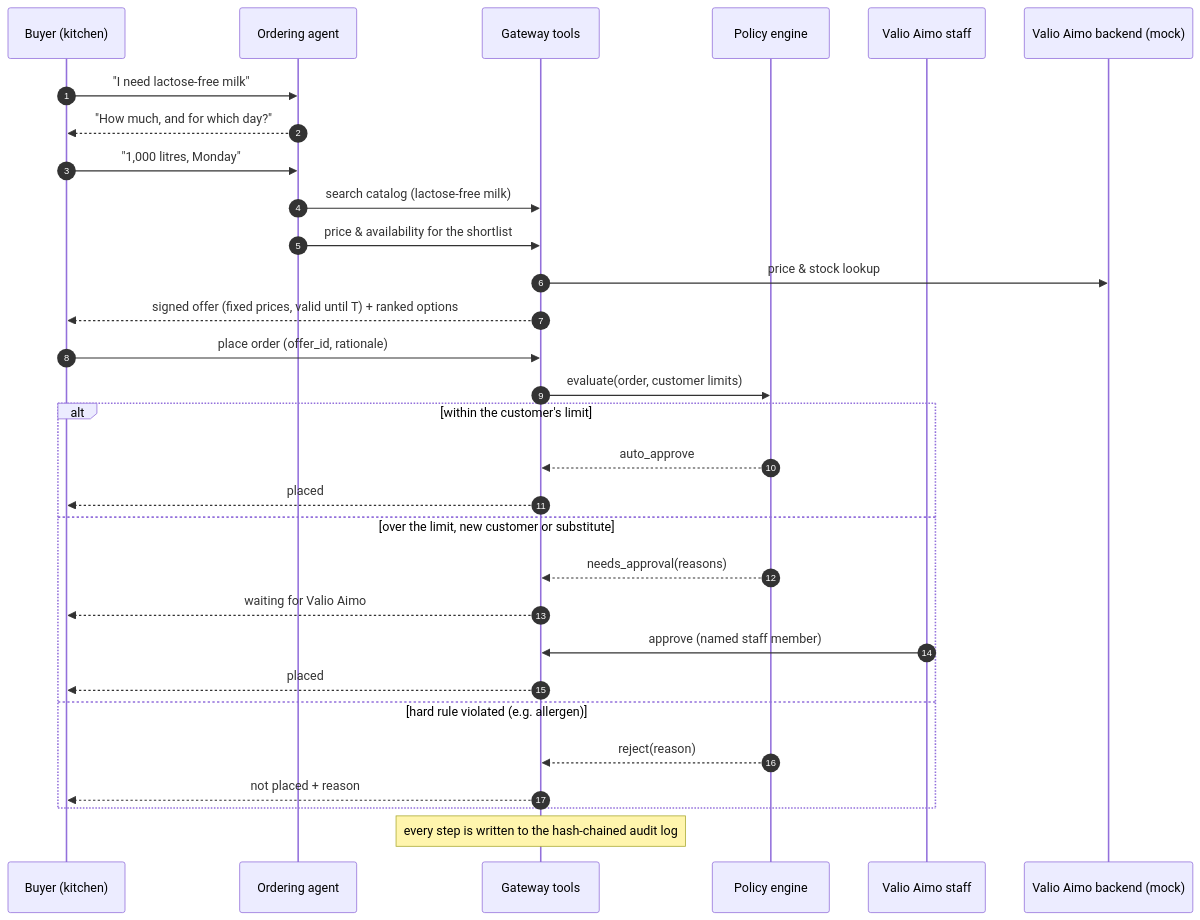
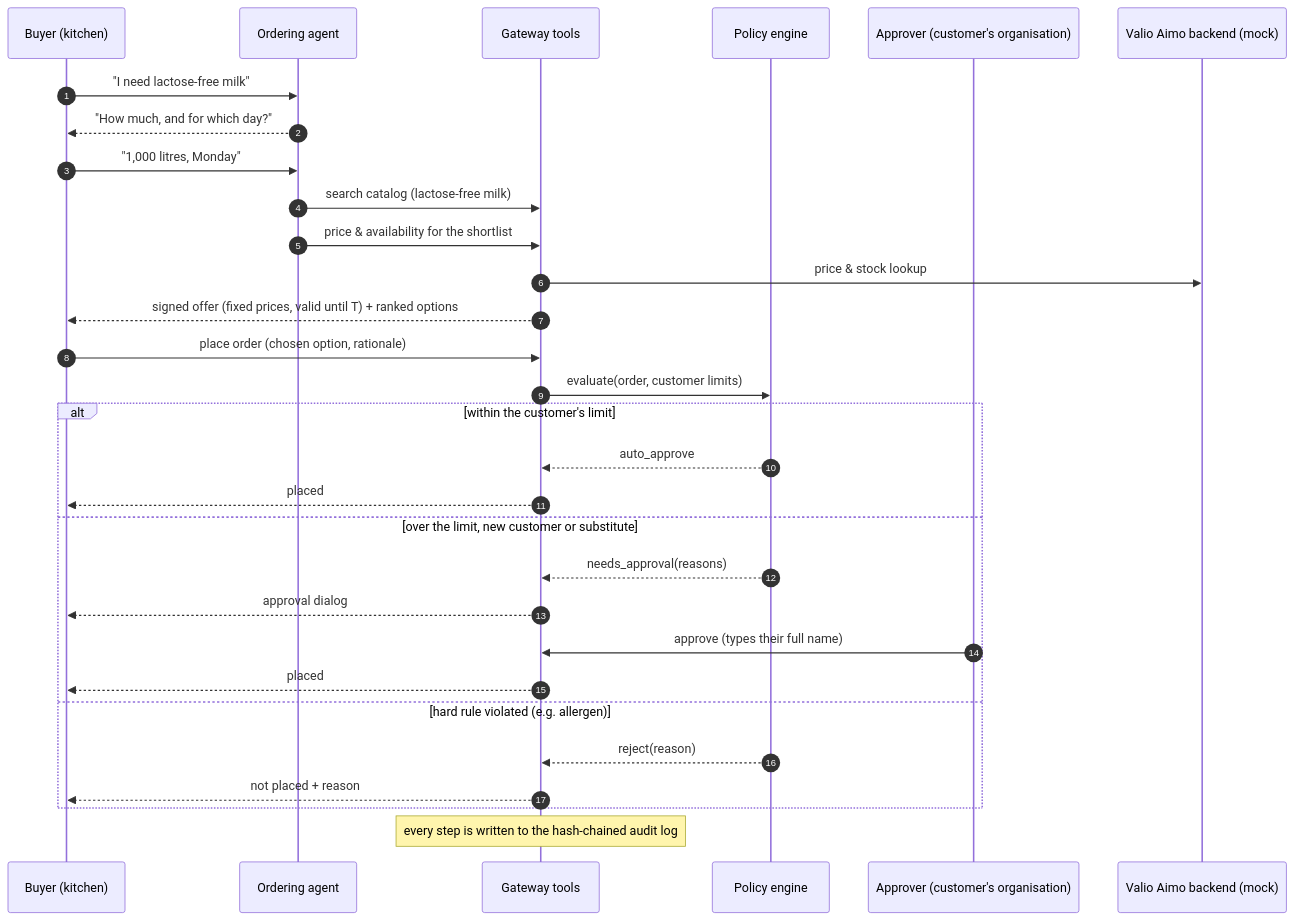
One commit to CharlotteYu-qq/Junction2026 changed the diagram in README.md. Above: the diagram before and after it, drawn with Mermaid. The commit also changed other lines of this file and 24 other files, not shown here.

````diff
--- a/README.md
+++ b/README.md
@@ -83,32 +80,32 @@
 ```mermaid
 sequenceDiagram
     autonumber
     participant U as Buyer (kitchen)
     participant A as Ordering agent
     participant G as Gateway tools
     participant P as Policy engine
-    participant H as Valio Aimo staff
+    participant H as Approver (customer's organisation)
     participant B as Valio Aimo backend (mock)
     U->>A: "I need lactose-free milk"
     A-->>U: "How much, and for which day?"
     U->>A: "1,000 litres, Monday"
     A->>G: search catalog (lactose-free milk)
     A->>G: price & availability for the shortlist
     G->>B: price & stock lookup
     G-->>U: signed offer (fixed prices, valid until T) + ranked options
-    U->>G: place order (offer_id, rationale)
+    U->>G: place order (chosen option, rationale)
     G->>P: evaluate(order, customer limits)
     alt within the customer's limit
         P-->>G: auto_approve
         G-->>U: placed
     else over the limit, new customer or substitute
         P-->>G: needs_approval(reasons)
-        G-->>U: waiting for Valio Aimo
-        H->>G: approve (named staff member)
+        G-->>U: approval dialog
+        H->>G: approve (types their full name)
         G-->>U: placed
     else hard rule violated (e.g. allergen)
         P-->>G: reject(reason)
         G-->>U: not placed + reason
     end
     Note over G: every step is written to the hash-chained audit log
 ```
````
